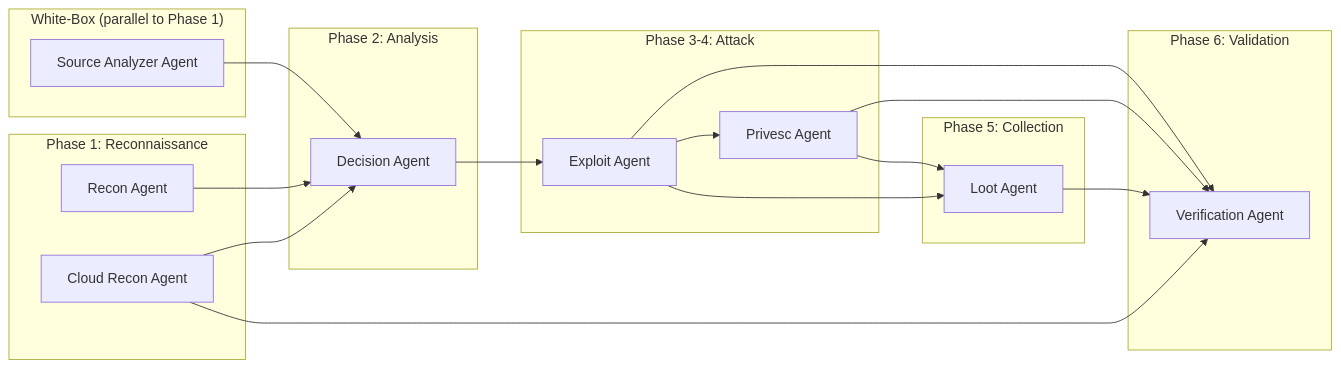
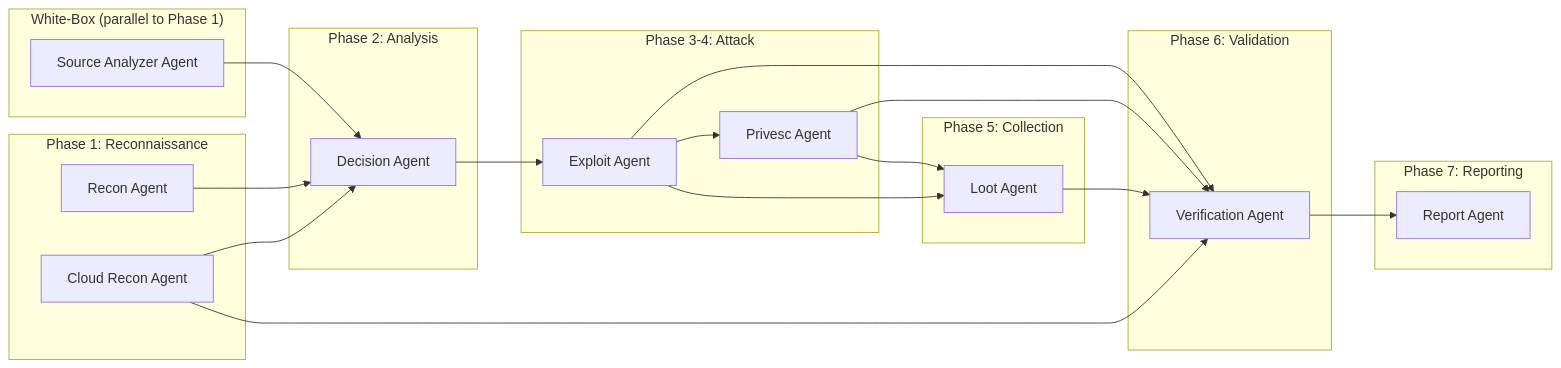
Before and after one commit to goldenapplestudios/Clicky: the second of 21 diagrams in docs/agents.md, drawn with Mermaid. The commit also changed other lines of this file and 10 other files, not shown here.

````diff
--- a/docs/agents.md
+++ b/docs/agents.md
@@ -57,40 +58,45 @@
 ```mermaid
 flowchart LR
     subgraph Reconnaissance["Phase 1: Reconnaissance"]
         RECON["Recon Agent"]
         CLOUD["Cloud Recon Agent"]
     end
 
     subgraph Analysis["Phase 2: Analysis"]
         DECISION["Decision Agent"]
     end
 
     subgraph Exploitation["Phase 3-4: Attack"]
         EXPLOIT["Exploit Agent"]
         PRIVESC["Privesc Agent"]
     end
 
     subgraph Collection["Phase 5: Collection"]
         LOOT["Loot Agent"]
     end
 
     subgraph WhiteBox["White-Box (parallel to Phase 1)"]
         SRC["Source Analyzer Agent"]
     end
 
     subgraph Review["Phase 6: Validation"]
         VERIFY["Verification Agent"]
     end
 
+    subgraph Reporting["Phase 7: Reporting"]
+        REPORT["Report Agent"]
+    end
+
     SRC --> DECISION
     RECON --> DECISION
     CLOUD --> DECISION
     DECISION --> EXPLOIT
     EXPLOIT --> PRIVESC
     PRIVESC --> LOOT
     EXPLOIT --> LOOT
     EXPLOIT --> VERIFY
     PRIVESC --> VERIFY
     LOOT --> VERIFY
     CLOUD --> VERIFY
+    VERIFY --> REPORT
 ```
````
